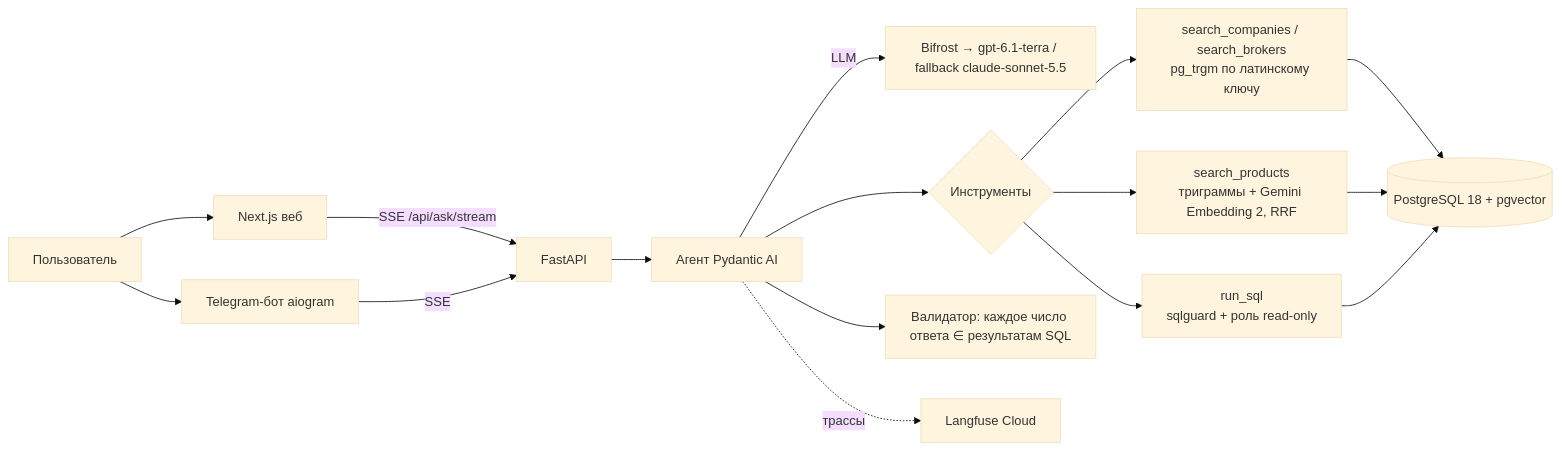
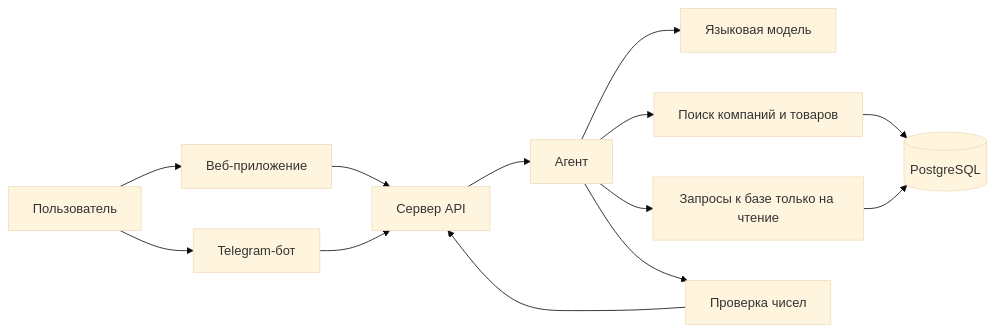
One commit to cummanda-veka/uzexify_agent changed the diagram in docs/solution.md. Above: the diagram before and after it, drawn with Mermaid (base theme). The commit also changed other lines of this file and 6 other files, not shown here.

Commit message:
Charts: several series in one unit for line/bar/hbar, title numbers grounded (whole data tokens only); composer FLIP on keyboard close; solution description per GOST 7.32 (short)

````diff
--- a/docs/solution.md
+++ b/docs/solution.md
@@ -13,15 +60,13 @@
 ```mermaid
 flowchart LR
-  U[Пользователь] --> W[Next.js веб] & T[Telegram-бот aiogram]
-  W -->|SSE /api/ask/stream| A[FastAPI]
-  T -->|SSE| A
-  A --> AG[Агент Pydantic AI]
-  AG -->|LLM| GW[Bifrost → gpt-6.1-terra / fallback claude-sonnet-5.5]
-  AG --> TL{Инструменты}
-  TL --> SC[search_companies / search_brokers<br/>pg_trgm по латинскому ключу]
-  TL --> SP[search_products<br/>триграммы + Gemini Embedding 2, RRF]
-  TL --> SQ[run_sql<br/>sqlguard + роль read-only]
-  SC & SP & SQ --> PG[(PostgreSQL 18 + pgvector)]
-  AG --> V[Валидатор: каждое число ответа ∈ результатам SQL]
-  AG -.трассы.-> LF[Langfuse Cloud]
+  U[Пользователь] --> W[Веб-приложение] & T[Telegram-бот]
+  W --> A[Сервер API]
+  T --> A
+  A --> AG[Агент]
+  AG --> L[Языковая модель]
+  AG --> S[Поиск компаний и товаров]
+  AG --> Q[Запросы к базе только на чтение]
+  S & Q --> DB[(PostgreSQL)]
+  AG --> V[Проверка чисел]
+  V --> A
 ```
````
